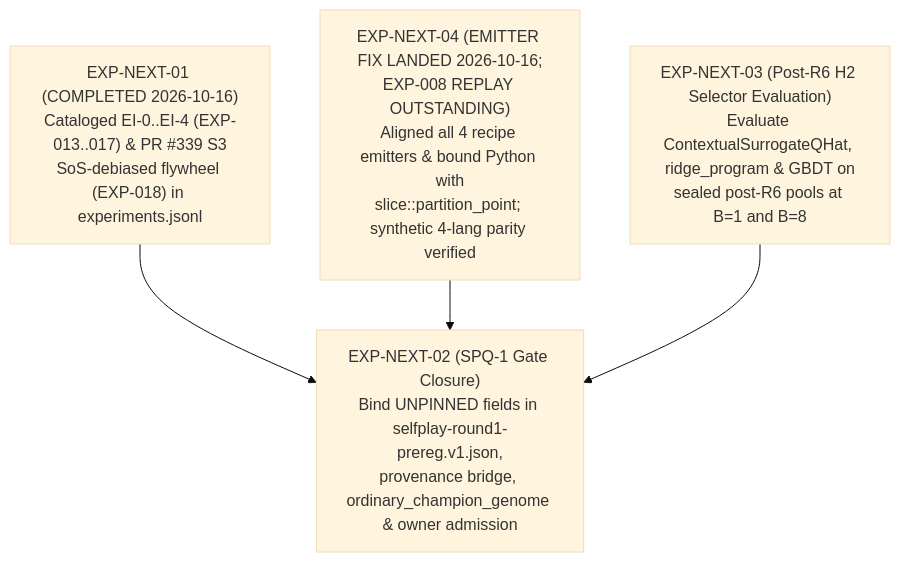
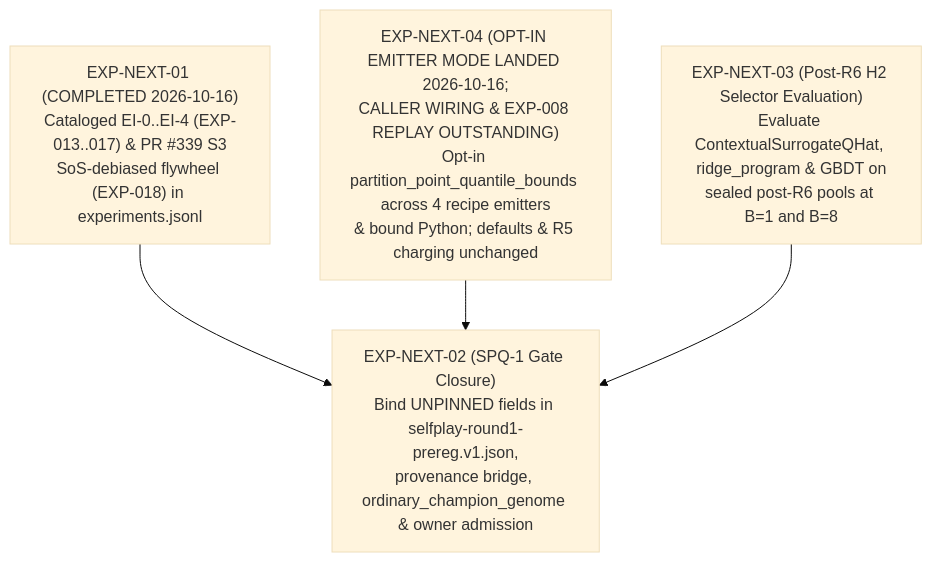
Before and after one commit to neverhuman/JopeDime: the diagram in docs/experiments/SYNTHESIS_AND_NEXT_EXPERIMENTS.md, drawn with Mermaid (base theme). The commit also changed other lines of this file and 5 other files, not shown here.

Commit message:
fix(feat-math): complete EXP-NEXT-04 N1/N2 source, bound-Python gating, and label repairs

````diff
--- a/docs/experiments/SYNTHESIS_AND_NEXT_EXPERIMENTS.md
+++ b/docs/experiments/SYNTHESIS_AND_NEXT_EXPERIMENTS.md
@@ -57,6 +57,6 @@
 ```mermaid
 flowchart TD
     A["EXP-NEXT-01 (COMPLETED 2026-10-16)<br/>Cataloged EI-0..EI-4 (EXP-013..017) & PR #339 S3<br/>SoS-debiased flywheel (EXP-018) in experiments.jsonl"] --> B["EXP-NEXT-02 (SPQ-1 Gate Closure)<br/>Bind UNPINNED fields in selfplay-round1-prereg.v1.json,<br/>provenance bridge, ordinary_champion_genome & owner admission"]
-    C["EXP-NEXT-04 (EMITTER FIX LANDED 2026-10-16;<br/>EXP-008 REPLAY OUTSTANDING)<br/>Aligned all 4 recipe emitters & bound Python with<br/>slice::partition_point; synthetic 4-lang parity verified"] --> B
+    C["EXP-NEXT-04 (OPT-IN EMITTER MODE LANDED 2026-10-16;<br/>CALLER WIRING & EXP-008 REPLAY OUTSTANDING)<br/>Opt-in partition_point_quantile_bounds across 4 recipe emitters<br/>& bound Python; defaults & R5 charging unchanged"] --> B
     D["EXP-NEXT-03 (Post-R6 H2 Selector Evaluation)<br/>Evaluate ContextualSurrogateQHat, ridge_program & GBDT on<br/>sealed post-R6 pools at B=1 and B=8"] --> B
 ```
````
